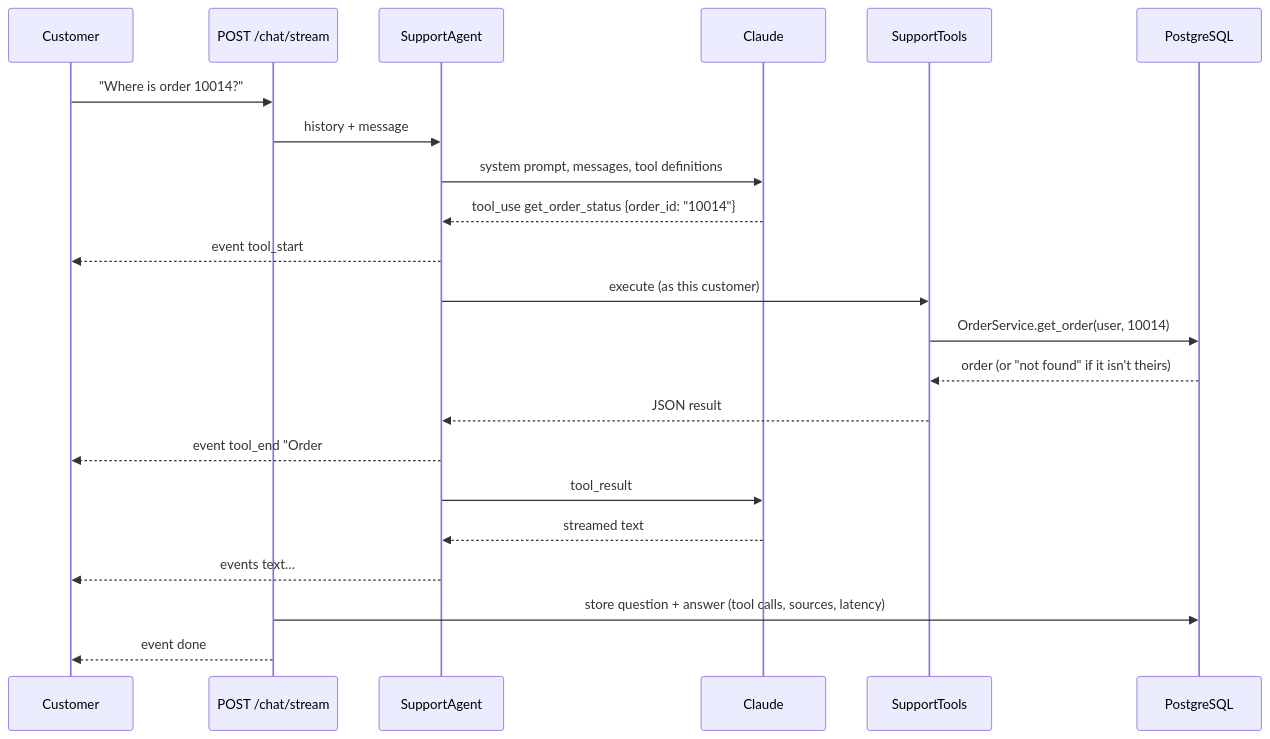
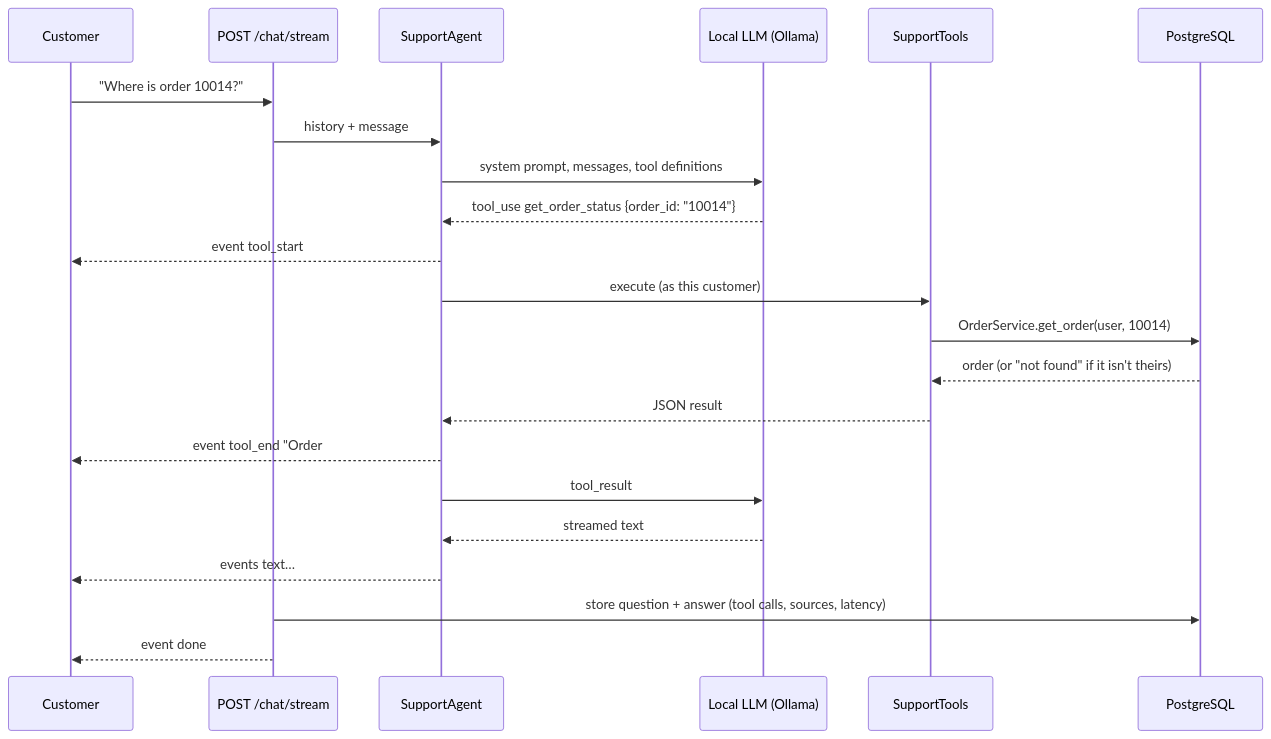
Before and after one commit to InviXtaHydra/invixta: the third of 3 diagrams in README.md, drawn with Mermaid. The commit also changed other lines of this file and 26 other files, not shown here.

First line of the commit message:
feat: replace the paid Claude API with a free local LLM served by Ollama (qwen3:8b)

````diff
--- a/README.md
+++ b/README.md
@@ -271,24 +285,24 @@
 ```mermaid
 sequenceDiagram
     participant C as Customer
     participant API as POST /chat/stream
     participant A as SupportAgent
-    participant L as Claude
+    participant L as Local LLM (Ollama)
     participant T as SupportTools
     participant DB as PostgreSQL
     C->>API: "Where is order 10014?"
     API->>A: history + message
     A->>L: system prompt, messages, tool definitions
     L-->>A: tool_use get_order_status {order_id: "10014"}
     A-->>C: event tool_start
     A->>T: execute (as this customer)
     T->>DB: OrderService.get_order(user, 10014)
     DB-->>T: order (or "not found" if it isn't theirs)
     T-->>A: JSON result
     A-->>C: event tool_end "Order #10014: shipped"
     A->>L: tool_result
     L-->>A: streamed text
     A-->>C: events text…
     API->>DB: store question + answer (tool calls, sources, latency)
     API-->>C: event done
 ```
````
